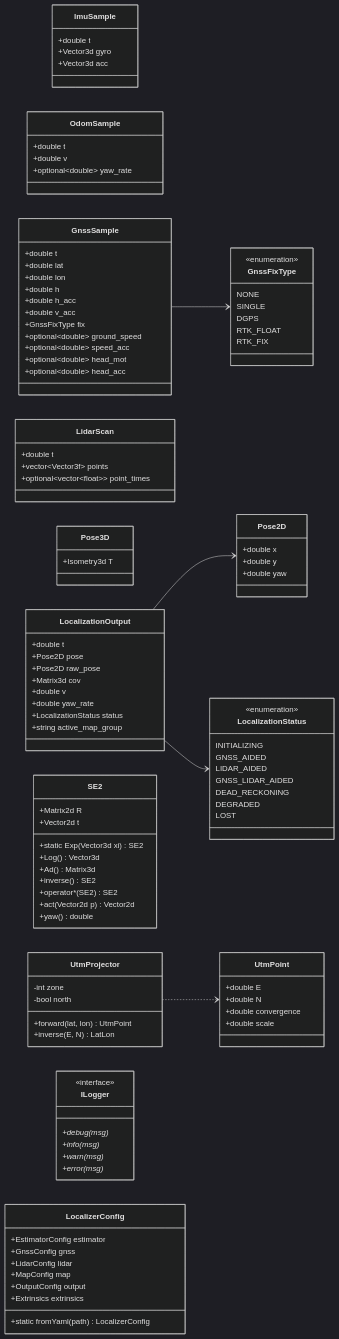
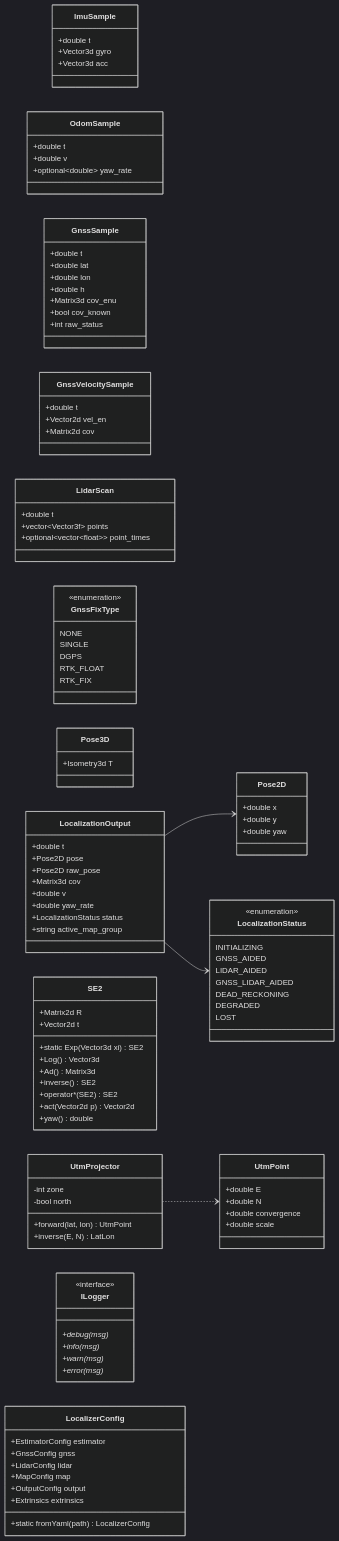
Before and after one commit to mamoru1126/gnss_and_lidar_localization: the third of 12 diagrams in docs/architecture.md, drawn with Mermaid (dark theme). The commit also changed other lines of this file and 1 other file, not shown here.

First line of the commit message:
docs: GNSS 入力を sensor_msgs/NavSatFix に変更（設計書 v0.5）

```diff
--- a/docs/architecture.md
+++ b/docs/architecture.md
@@ -180,13 +180,14 @@
     +double lat
     +double lon
     +double h
-    +double h_acc
-    +double v_acc
-    +GnssFixType fix
-    +optional~double~ ground_speed
-    +optional~double~ speed_acc
-    +optional~double~ head_mot
-    +optional~double~ head_acc
+    +Matrix3d cov_enu
+    +bool cov_known
+    +int raw_status
+  }
+  class GnssVelocitySample {
+    +double t
+    +Vector2d vel_en
+    +Matrix2d cov
   }
   class LidarScan {
     +double t
@@ -269,7 +270,6 @@
     +static fromYaml(path) LocalizerConfig
   }
 
-  GnssSample --> GnssFixType
   LocalizationOutput --> Pose2D
   LocalizationOutput --> LocalizationStatus
   UtmProjector ..> UtmPoint
```
